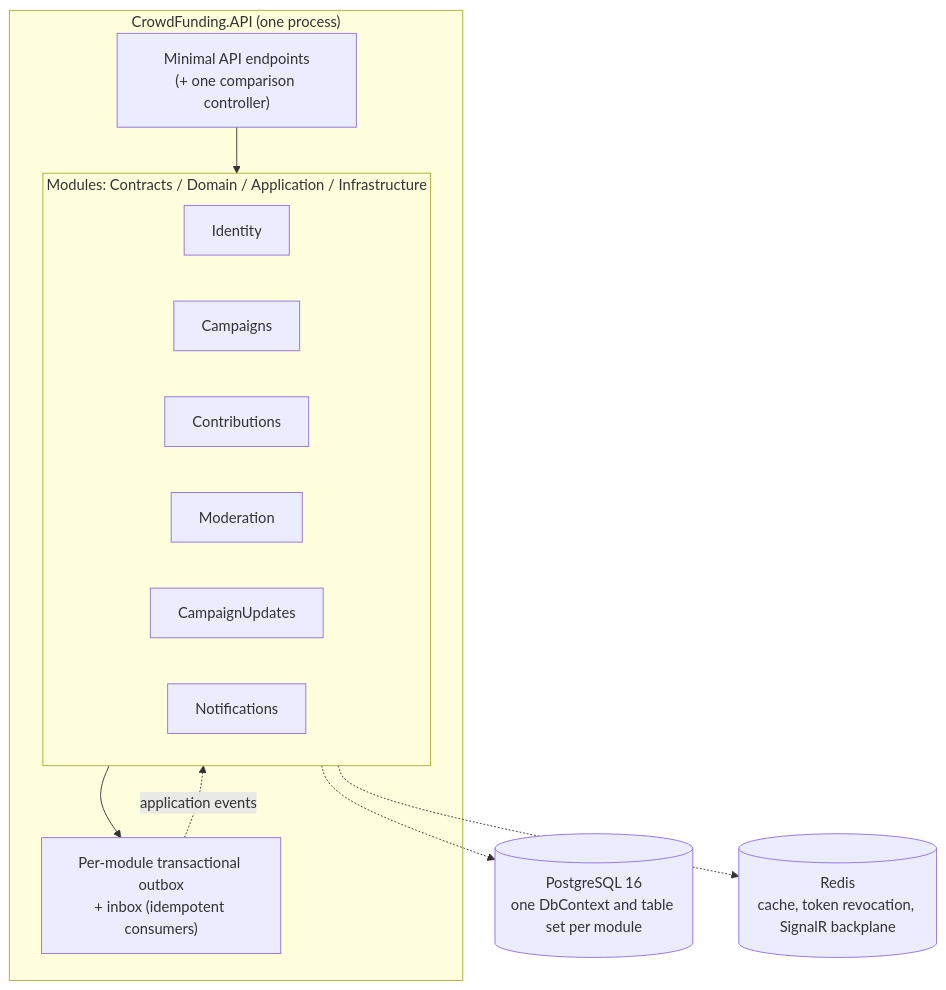
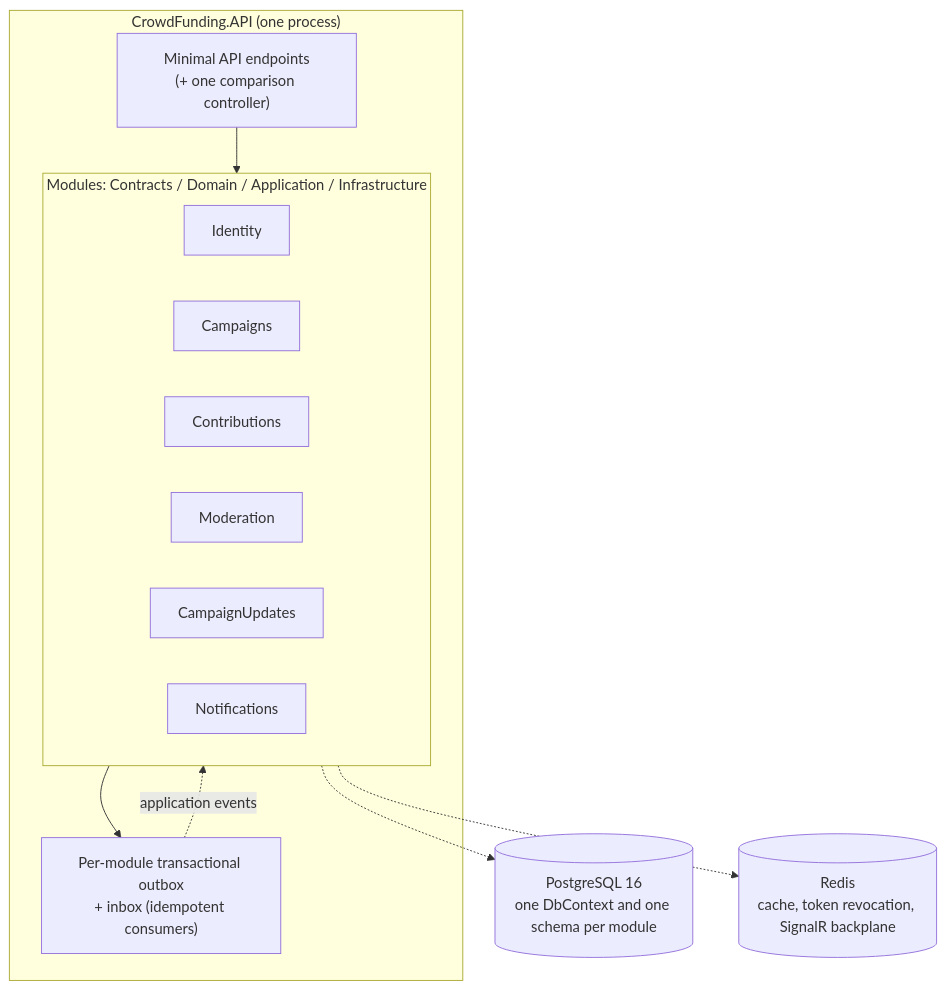
The diagram in README.md (maysamgamini/crowdfundinghub), drawn with Mermaid before and after one commit. The commit also changed other lines of this file and 75 other files, not shown here.

````diff
--- a/README.md
+++ b/README.md
@@ -13,22 +13,22 @@
 ```mermaid
 graph TD
     subgraph Host["CrowdFunding.API (one process)"]
         Endpoints["Minimal API endpoints<br/>(+ one comparison controller)"]
         subgraph Modules["Modules: Contracts / Domain / Application / Infrastructure"]
             Identity
             Campaigns
             Contributions
             Moderation
             CampaignUpdates
             Notifications
         end
         Outbox["Per-module transactional outbox<br/>+ inbox (idempotent consumers)"]
     end
-    PG[("PostgreSQL 16<br/>one DbContext and table set per module")]
+    PG[("PostgreSQL 16<br/>one DbContext and one schema per module")]
     Redis[("Redis<br/>cache, token revocation, SignalR backplane")]
     Endpoints --> Modules
     Modules --> Outbox
     Modules -.-> PG
     Outbox -.->|application events| Modules
     Modules -.-> Redis
 ```
````
